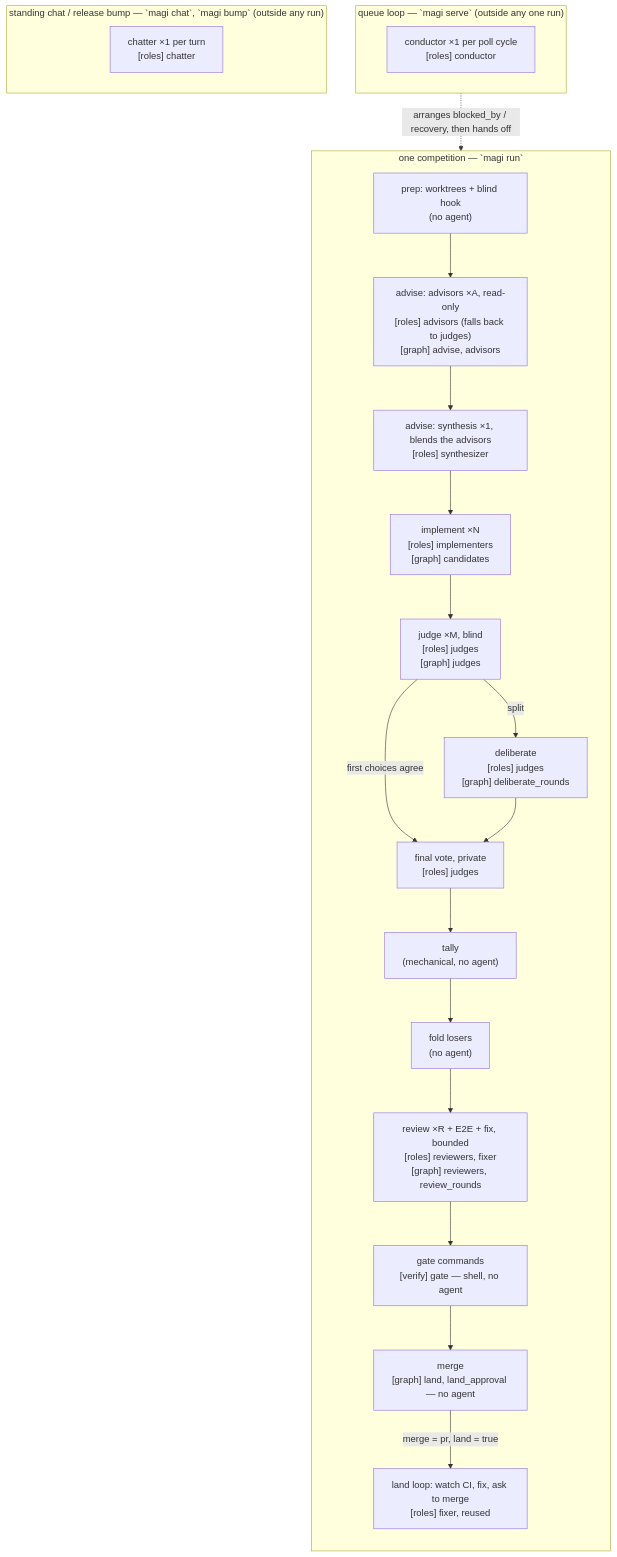
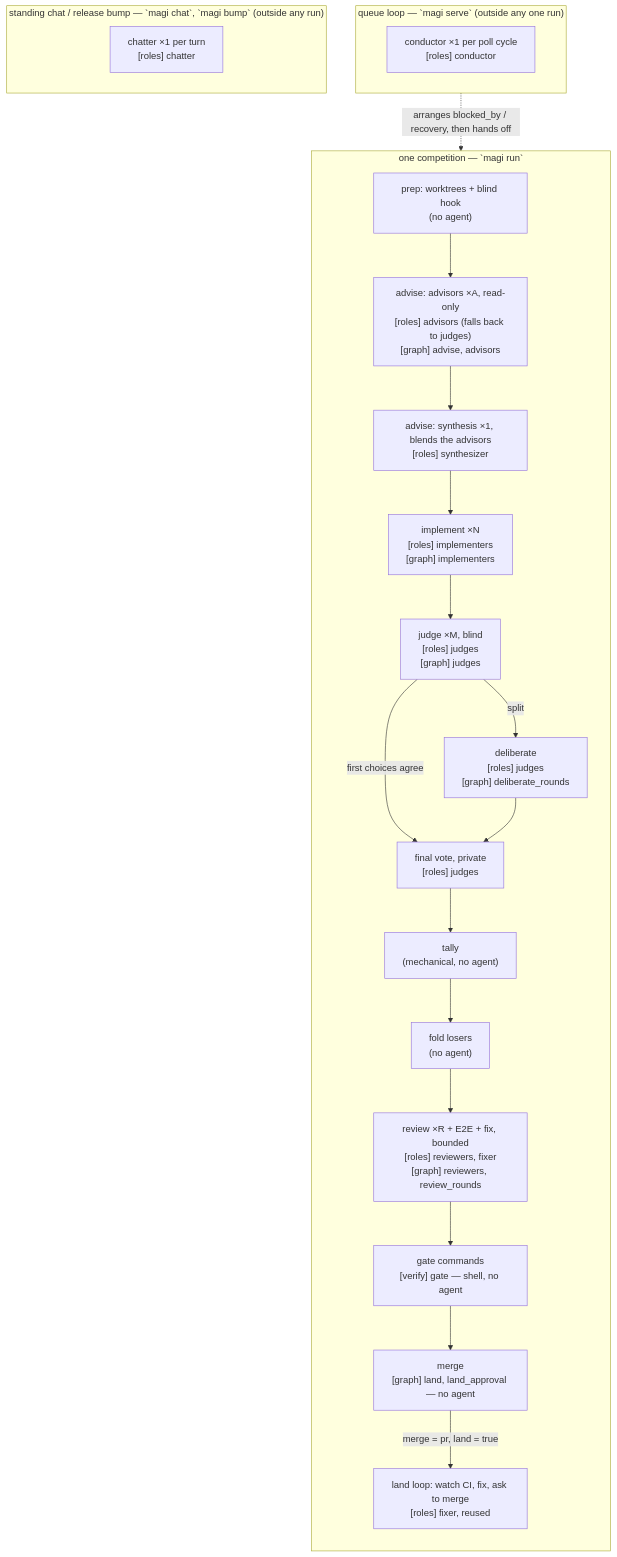
The diagram in README.md (yukimemi/magi), drawn with Mermaid before and after one commit. The commit also changed other lines of this file and 20 other files, not shown here.

First line of the commit message:
refactor(config): rename graph.candidates to graph.implementers, keep the old key and flag as aliases

````diff
--- a/README.md
+++ b/README.md
@@ -22,36 +22,36 @@
 ```mermaid
 flowchart TD
   subgraph Q["queue loop — `magi serve` (outside any one run)"]
     direction LR
     conductor["conductor ×1 per poll cycle\n[roles] conductor"]
   end
   conductor -.->|arranges blocked_by / recovery, then hands off| prep
 
   subgraph Run["one competition — `magi run`"]
     direction TB
     prep["prep: worktrees + blind hook\n(no agent)"]
     advisor["advise: advisors ×A, read-only\n[roles] advisors (falls back to judges)\n[graph] advise, advisors"]
     synth["advise: synthesis ×1, blends the advisors\n[roles] synthesizer"]
-    impl["implement ×N\n[roles] implementers\n[graph] candidates"]
+    impl["implement ×N\n[roles] implementers\n[graph] implementers"]
     judge["judge ×M, blind\n[roles] judges\n[graph] judges"]
     delib["deliberate\n[roles] judges\n[graph] deliberate_rounds"]
     vote["final vote, private\n[roles] judges"]
     tally["tally\n(mechanical, no agent)"]
     fold["fold losers\n(no agent)"]
     review["review ×R + E2E + fix, bounded\n[roles] reviewers, fixer\n[graph] reviewers, review_rounds"]
     gate["gate commands\n[verify] gate — shell, no agent"]
     merge["merge\n[graph] land, land_approval — no agent"]
     land["land loop: watch CI, fix, ask to merge\n[roles] fixer, reused"]
 
     prep --> advisor --> synth --> impl --> judge
     judge -->|first choices agree| vote
     judge -->|split| delib --> vote
     vote --> tally --> fold --> review --> gate --> merge
     merge -->|merge = pr, land = true| land
   end
 
   subgraph Standalone["standing chat / release bump — `magi chat`, `magi bump` (outside any run)"]
     direction LR
     chatter["chatter ×1 per turn\n[roles] chatter"]
   end
 ```
````
